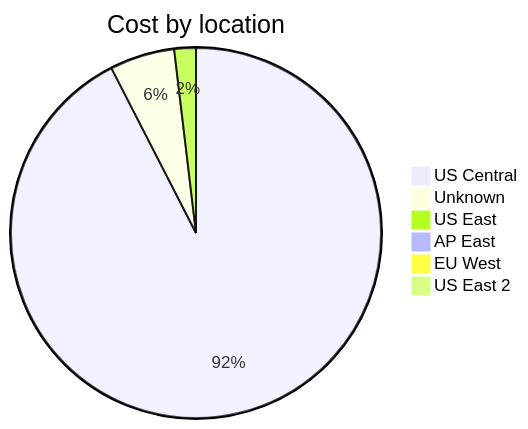
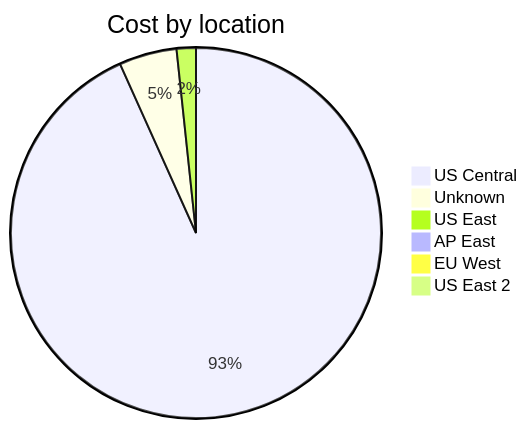
Before and after one commit to jpfulton/azure-personal-reports: the third of 4 diagrams in cost-reports/accumulated-cost.md, drawn with Mermaid. The commit also changed other lines of this file and 4 other files, not shown here.

````diff
--- a/cost-reports/accumulated-cost.md
+++ b/cost-reports/accumulated-cost.md
@@ -118,10 +118,10 @@
 ```mermaid
 pie
    title Cost by location
-   "US Central" : 0.49
-   "Unknown" : 0.03
-   "US East" : 0.01
+   "US Central" : 1.11
+   "Unknown" : 0.06
+   "US East" : 0.02
    "AP East" : 0.00
    "EU West" : 0.00
    "US East 2" : 0.00
 ```
````
